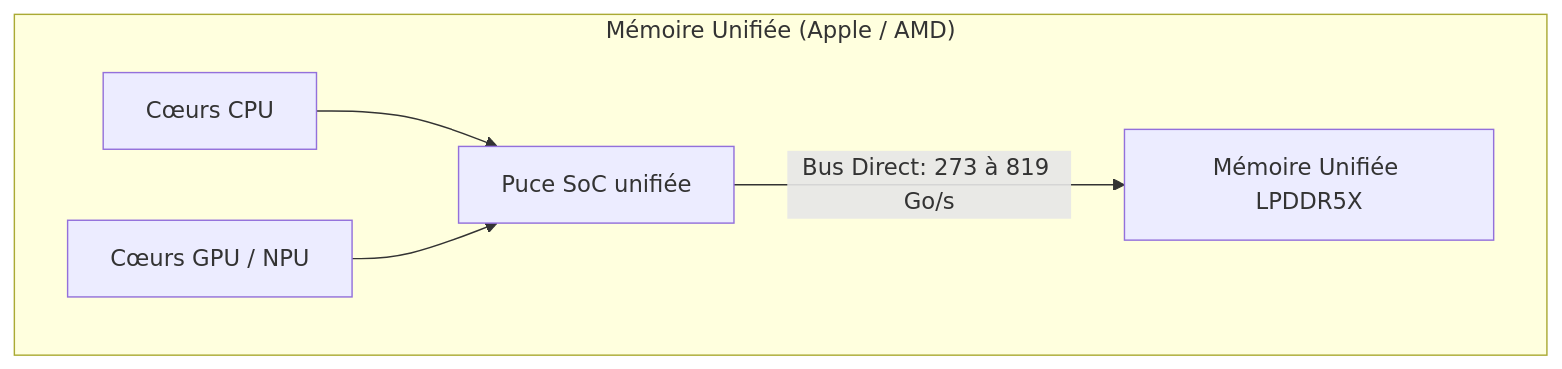
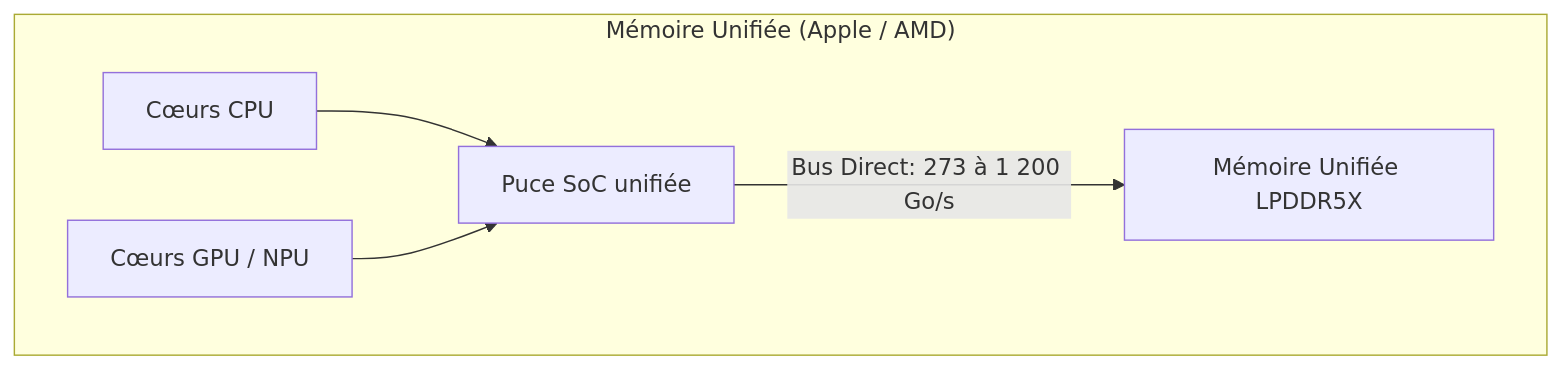
The second of 2 diagrams in 01-fondations/unified-memory-vs-ram-vs-vram.md (DamienBecherini/ia-on-prem-vault), drawn with Mermaid before and after one commit. The commit also changed other lines of this file and 10 other files, not shown here.

````diff
--- a/01-fondations/unified-memory-vs-ram-vs-vram.md
+++ b/01-fondations/unified-memory-vs-ram-vs-vram.md
@@ -35,8 +35,8 @@
 ```mermaid
 graph TD
     subgraph "Mémoire Unifiée (Apple / AMD)"
-        SOC[Puce SoC unifiée] -->|Bus Direct: 273 à 819 Go/s| UMEM[Mémoire Unifiée LPDDR5X]
+        SOC[Puce SoC unifiée] -->|Bus Direct: 273 à 1 200 Go/s| UMEM[Mémoire Unifiée LPDDR5X]
         SOC_CPU[Cœurs CPU] --> SOC
         SOC_GPU[Cœurs GPU / NPU] --> SOC
     end
 ```
````
